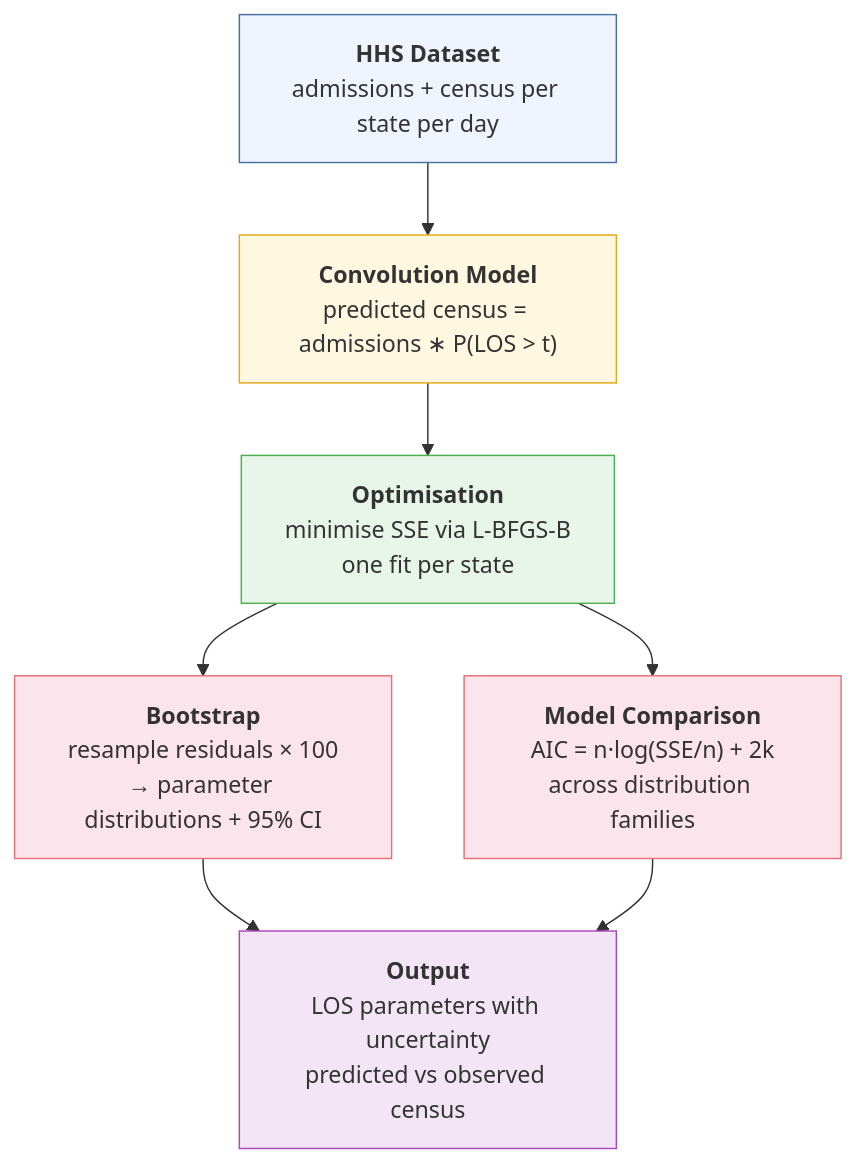
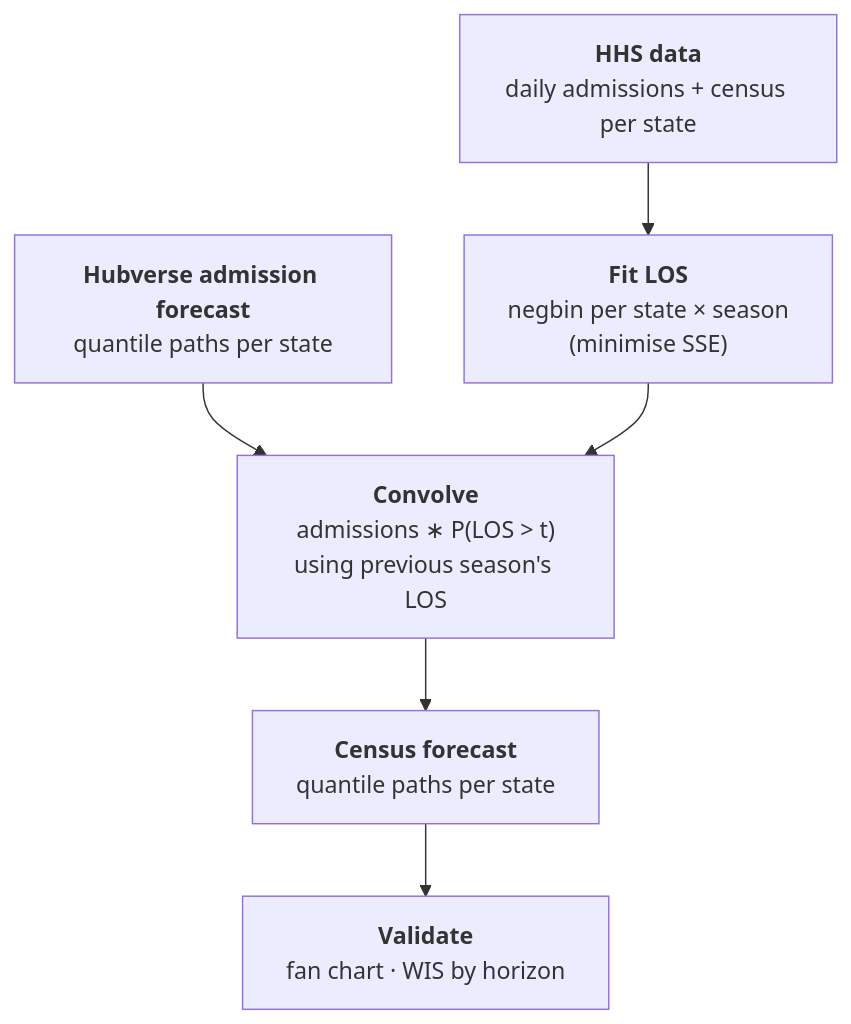
The diagram in README.md (HopkinsIDD/ForecastHospBurden), drawn with Mermaid before and after one commit. The commit also changed other lines of this file and 100 other files, not shown here.

````diff
--- a/README.md
+++ b/README.md
@@ -17,16 +23,8 @@
 ```mermaid
 flowchart TD
-    A["<b>HHS Dataset</b><br/>admissions + census per state per day"] --> B["<b>Convolution Model</b><br/>predicted census = admissions ∗ P(LOS > t)"]
-    B --> C["<b>Optimisation</b><br/>minimise SSE via L-BFGS-B<br/>one fit per state"]
-    C --> D["<b>Bootstrap</b><br/>resample residuals × 100<br/>→ parameter distributions + 95% CI"]
-    C --> E["<b>Model Comparison</b><br/>AIC = n·log(SSE/n) + 2k<br/>across distribution families"]
-    D --> F["<b>Output</b><br/>LOS parameters with uncertainty<br/>predicted vs observed census"]
-    E --> F
-
-    style A fill:#f0f4ff,stroke:#4a6fa5
-    style B fill:#fff8e1,stroke:#e6a817
-    style C fill:#e8f5e9,stroke:#4caf50
-    style D fill:#fce4ec,stroke:#e57373
-    style E fill:#fce4ec,stroke:#e57373
-    style F fill:#f3e5f5,stroke:#ab47bc
+    A["<b>HHS data</b><br/>daily admissions + census per state"] --> B["<b>Fit LOS</b><br/>negbin per state × season<br/>(minimise SSE)"]
+    C["<b>Hubverse admission forecast</b><br/>quantile paths per state"] --> D["<b>Convolve</b><br/>admissions ∗ P(LOS > t)<br/>using previous season's LOS"]
+    B --> D
+    D --> E["<b>Census forecast</b><br/>quantile paths per state"]
+    E --> F["<b>Validate</b><br/>fan chart · WIS by horizon"]
 ```
````
